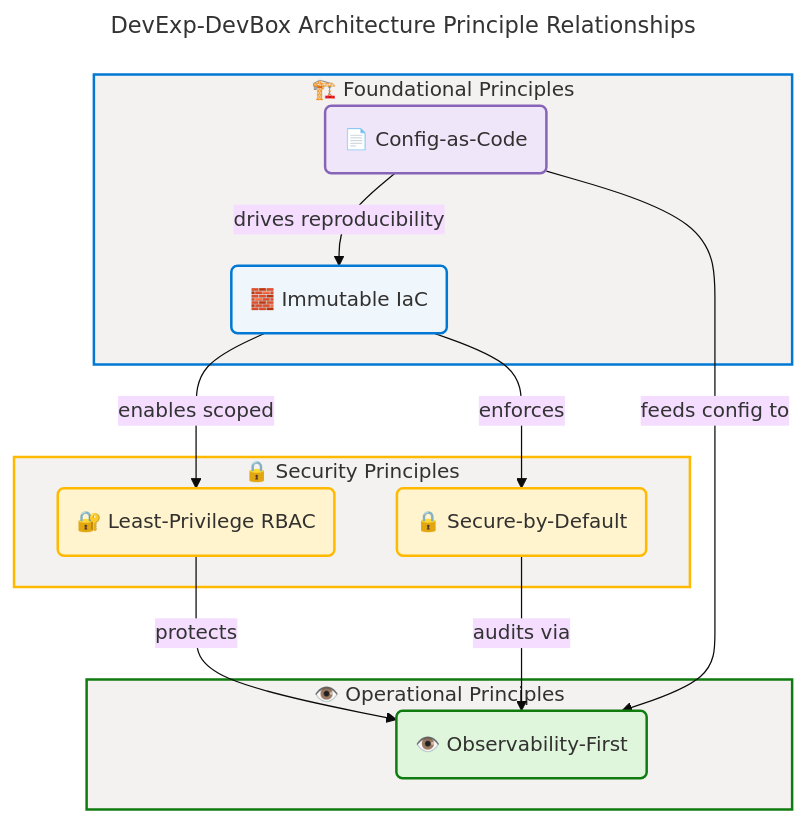
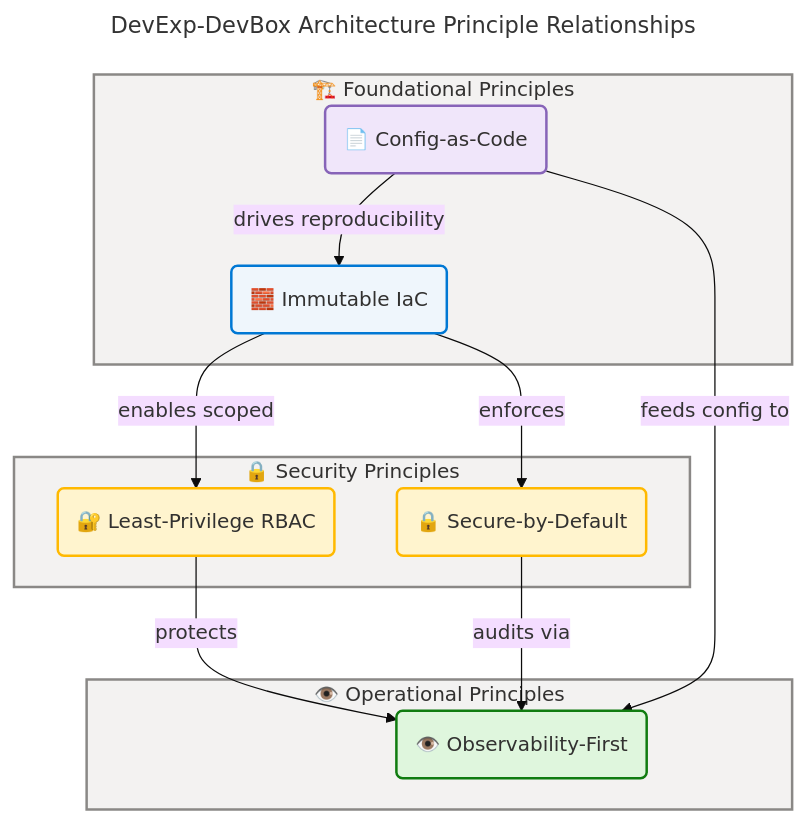
Before and after one commit to Evilazaro/DevExp-DevBox: the fourth of 15 diagrams in docs/architecture/application-architecture.md, drawn with Mermaid. The commit also changed other lines of this file, not shown here.

Commit message:
refactor: update YAML contract terminology and enhance diagram verification scores for improved clarity

````diff
--- a/docs/architecture/application-architecture.md
+++ b/docs/architecture/application-architecture.md
@@ -516,58 +516,58 @@
 ```mermaid
 ---
 title: DevExp-DevBox Architecture Principle Relationships
 config:
   theme: base
   look: classic
   layout: dagre
   themeVariables:
     fontSize: '16px'
   flowchart:
     htmlLabels: true
 ---
 flowchart TB
     accTitle: DevExp-DevBox Architecture Principle Relationships
     accDescr: Shows how the five architecture principles reinforce each other — Configuration-as-Code and Immutable IaC form the foundation enabling RBAC and Secrets Hygiene, all audited through Observability-First
 
     %% ═══════════════════════════════════════════════════════════════════════════
     %% AZURE / FLUENT ARCHITECTURE PATTERN v1.1
     %% (Semantic + Structural + Font + Accessibility Governance)
     %% ═══════════════════════════════════════════════════════════════════════════
     %% PHASE 1 - FLUENT UI: All styling uses approved Fluent UI palette only
     %% PHASE 2 - GROUPS: Every subgraph has semantic color via style directive
     %% PHASE 3 - COMPONENTS: Every node has semantic classDef + icon prefix
     %% PHASE 4 - ACCESSIBILITY: accTitle/accDescr present, WCAG AA contrast
     %% PHASE 5 - STANDARD: Governance block present, classDefs centralized
     %% ═══════════════════════════════════════════════════════════════════════════
 
     subgraph foundations["🏗️ Foundational Principles"]
         cac("📄 Config-as-Code"):::data
         iac("🧱 Immutable IaC"):::core
     end
 
     subgraph secPrinciples["🔒 Security Principles"]
         rbac("🔐 Least-Privilege RBAC"):::warning
         sec("🔒 Secure-by-Default"):::warning
     end
 
     subgraph opsPrinciples["👁️ Operational Principles"]
         obs("👁️ Observability-First"):::success
     end
 
     cac -->|"drives reproducibility"| iac
     iac -->|"enables scoped"| rbac
     iac -->|"enforces"| sec
     rbac -->|"protects"| obs
     sec -->|"audits via"| obs
     cac -->|"feeds config to"| obs
 
-    style foundations fill:#F3F2F1,stroke:#0078D4,stroke-width:2px,color:#323130
-    style secPrinciples fill:#F3F2F1,stroke:#FFB900,stroke-width:2px,color:#323130
-    style opsPrinciples fill:#F3F2F1,stroke:#107C10,stroke-width:2px,color:#323130
+    style foundations fill:#F3F2F1,stroke:#8A8886,stroke-width:2px,color:#323130
+    style secPrinciples fill:#F3F2F1,stroke:#8A8886,stroke-width:2px,color:#323130
+    style opsPrinciples fill:#F3F2F1,stroke:#8A8886,stroke-width:2px,color:#323130
 
     classDef neutral fill:#FAFAFA,stroke:#8A8886,stroke-width:2px,color:#323130
     classDef core fill:#EFF6FC,stroke:#0078D4,stroke-width:2px,color:#323130
     classDef warning fill:#FFF4CE,stroke:#FFB900,stroke-width:2px,color:#323130
     classDef data fill:#F0E6FA,stroke:#8764B8,stroke-width:2px,color:#323130
     classDef success fill:#DFF6DD,stroke:#107C10,stroke-width:2px,color:#323130
 ```
````
